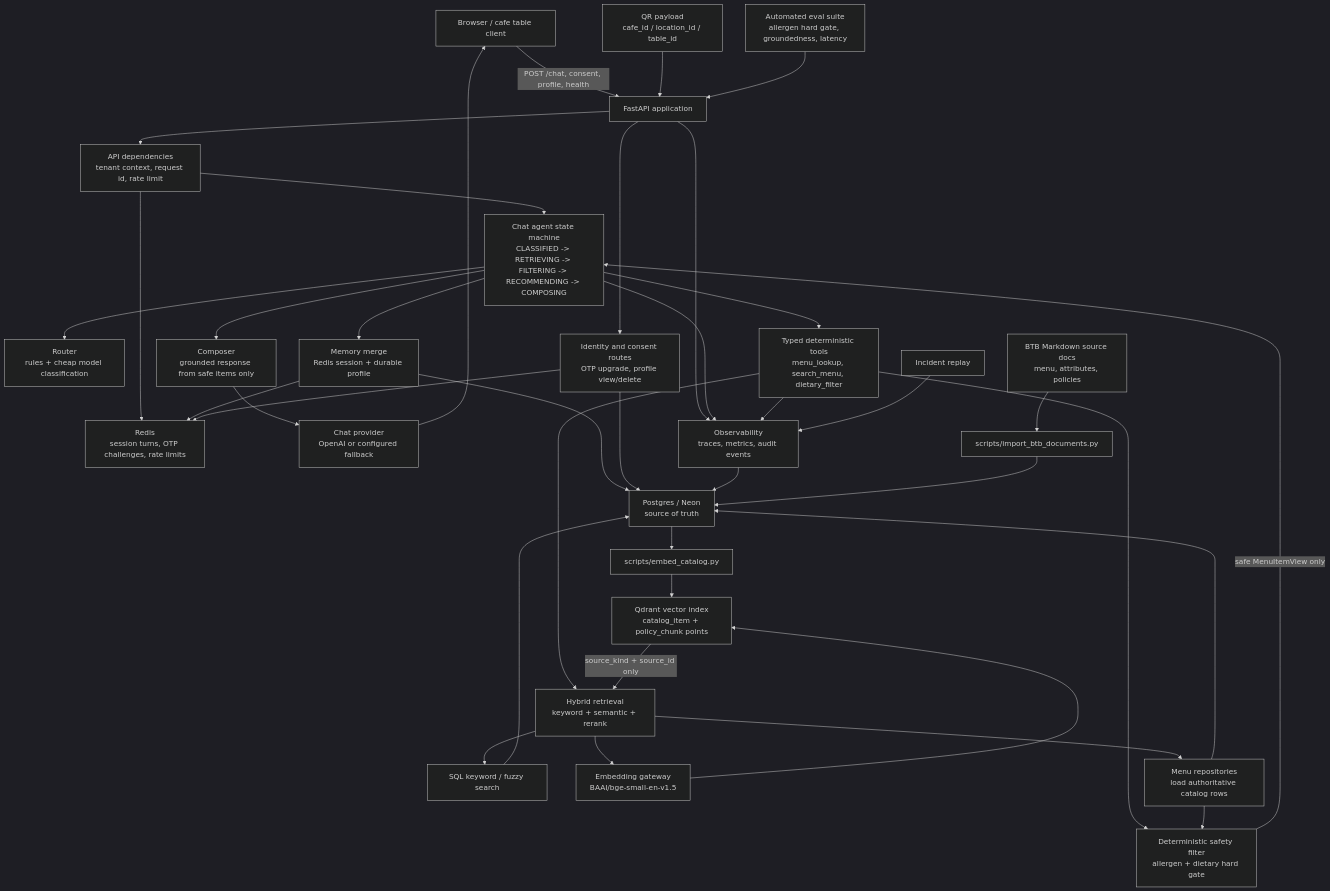
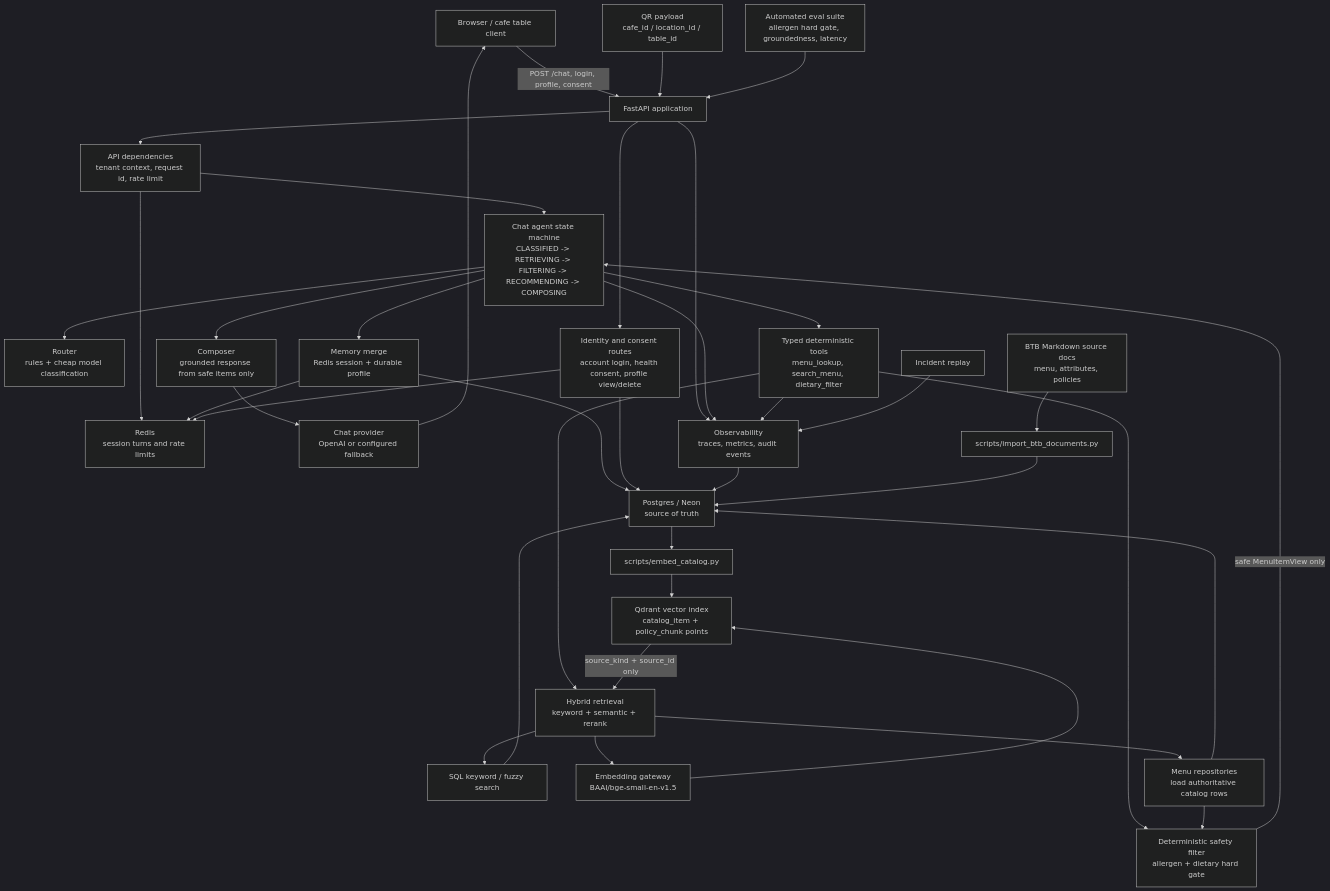
One commit to charan-x16/Cafe-Assistant changed the diagram in README.md. Above: the diagram before and after it, drawn with Mermaid (dark theme). The commit also changed other lines of this file and 26 other files, not shown here.

First line of the commit message:
feat: require account login and enforce filtered menu browsing

````diff
--- a/README.md
+++ b/README.md
@@ -63,49 +63,49 @@
 ```mermaid
 flowchart TD
-    Client["Browser / cafe table client"] -->|"POST /chat, consent, profile, health"| API["FastAPI application"]
+    Client["Browser / cafe table client"] -->|"POST /chat, login, profile, consent"| API["FastAPI application"]
     QR["QR payload<br/>cafe_id / location_id / table_id"] --> API
 
     API --> Deps["API dependencies<br/>tenant context, request id, rate limit"]
-    Deps --> Redis["Redis<br/>session turns, OTP challenges, rate limits"]
+    Deps --> Redis["Redis<br/>session turns and rate limits"]
     Deps --> Agent["Chat agent state machine<br/>CLASSIFIED -> RETRIEVING -> FILTERING -> RECOMMENDING -> COMPOSING"]
 
     Agent --> Router["Router<br/>rules + cheap model classification"]
     Agent --> Memory["Memory merge<br/>Redis session + durable profile"]
     Memory --> Redis
     Memory --> SQL["Postgres / Neon<br/>source of truth"]
 
     Agent --> Tools["Typed deterministic tools<br/>menu_lookup, search_menu, dietary_filter"]
     Tools --> Retrieval["Hybrid retrieval<br/>keyword + semantic + rerank"]
     Retrieval --> Keyword["SQL keyword / fuzzy search"]
     Retrieval --> EmbedQuery["Embedding gateway<br/>BAAI/bge-small-en-v1.5"]
     EmbedQuery --> Qdrant["Qdrant vector index<br/>catalog_item + policy_chunk points"]
     Qdrant -->|"source_kind + source_id only"| Retrieval
     Keyword --> SQL
     Retrieval --> Repo["Menu repositories<br/>load authoritative catalog rows"]
     Repo --> SQL
 
     Tools --> Safety["Deterministic safety filter<br/>allergen + dietary hard gate"]
     Repo --> Safety
     Safety -->|"safe MenuItemView only"| Agent
 
     Agent --> Composer["Composer<br/>grounded response from safe items only"]
     Composer --> ChatProvider["Chat provider<br/>OpenAI or configured fallback"]
     ChatProvider --> Client
 
-    API --> Identity["Identity and consent routes<br/>OTP upgrade, profile view/delete"]
+    API --> Identity["Identity and consent routes<br/>account login, health consent, profile view/delete"]
     Identity --> SQL
     Identity --> Redis
 
     API --> Observability["Observability<br/>traces, metrics, audit events"]
     Agent --> Observability
     Tools --> Observability
     Observability --> SQL
 
     Docs["BTB Markdown source docs<br/>menu, attributes, policies"] --> Importer["scripts/import_btb_documents.py"]
     Importer --> SQL
     SQL --> EmbedCatalog["scripts/embed_catalog.py"]
     EmbedCatalog --> Qdrant
 
     Evals["Automated eval suite<br/>allergen hard gate, groundedness, latency"] --> API
     Replay["Incident replay"] --> Observability
 ```
````
